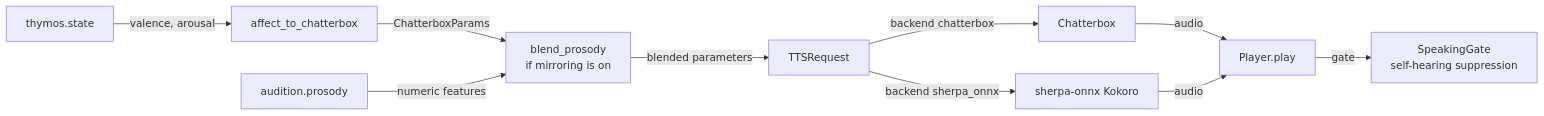
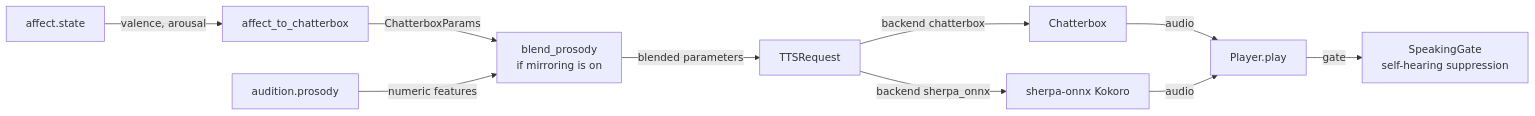
The diagram in docs/09-modules/vocal.md (kaineone/kaine), drawn with Mermaid before and after one commit. The commit also changed other lines of this file and 967 other files, not shown here.

````diff
--- a/docs/09-modules/vocal.md
+++ b/docs/09-modules/vocal.md
@@ -159,12 +159,12 @@
 ```mermaid
 flowchart LR
-    TS[thymos.state] -->|valence, arousal| AM[affect_to_chatterbox]
+    TS[affect.state] -->|valence, arousal| AM[affect_to_chatterbox]
     AM -->|ChatterboxParams| BP[blend_prosody\nif mirroring is on]
     AP[audition.prosody] -->|numeric features| BP
     BP -->|blended parameters| REQ[TTSRequest]
     REQ -->|backend chatterbox| CB[Chatterbox]
     REQ -->|backend sherpa_onnx| SK[sherpa-onnx Kokoro]
     CB -->|audio| PL[Player.play]
     SK -->|audio| PL
     PL -->|gate| SG[SpeakingGate\nself-hearing suppression]
 ```
````
